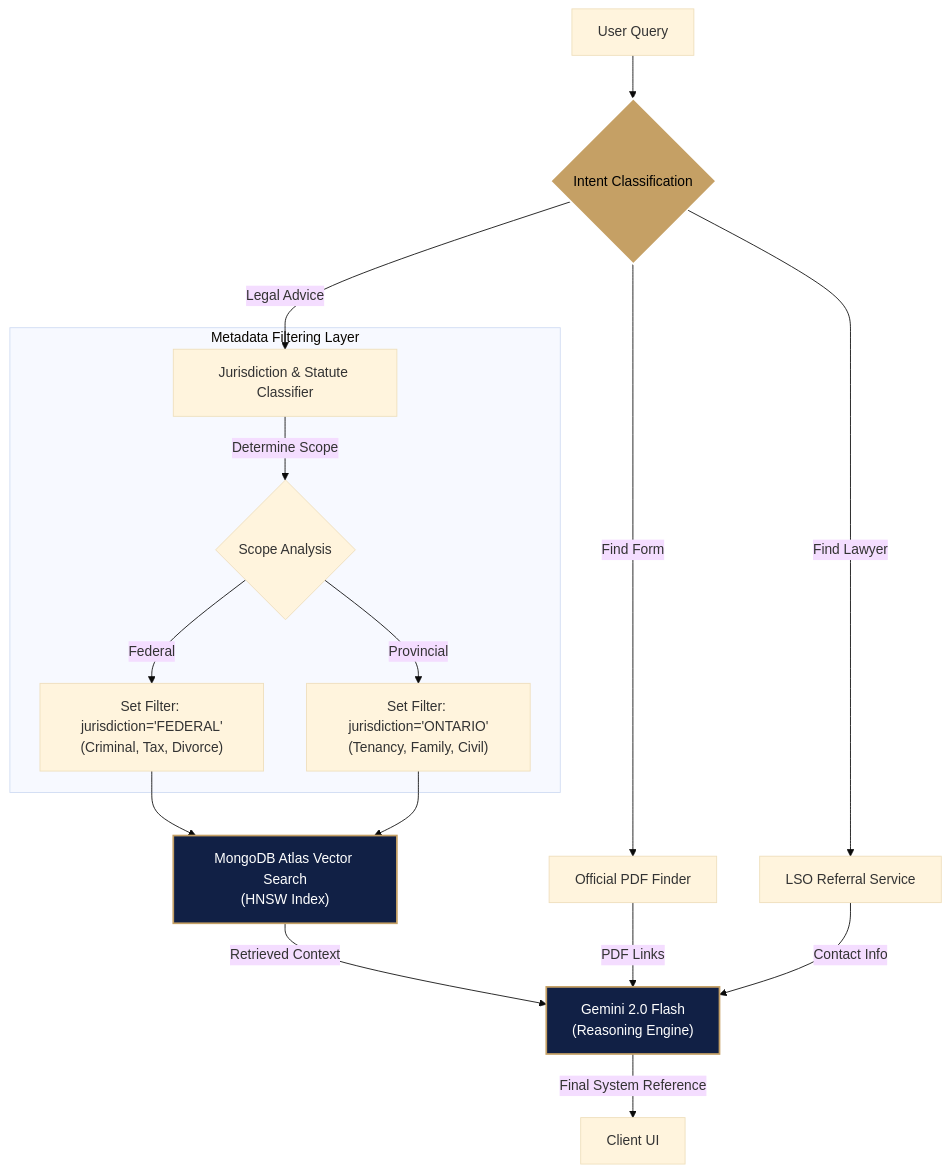
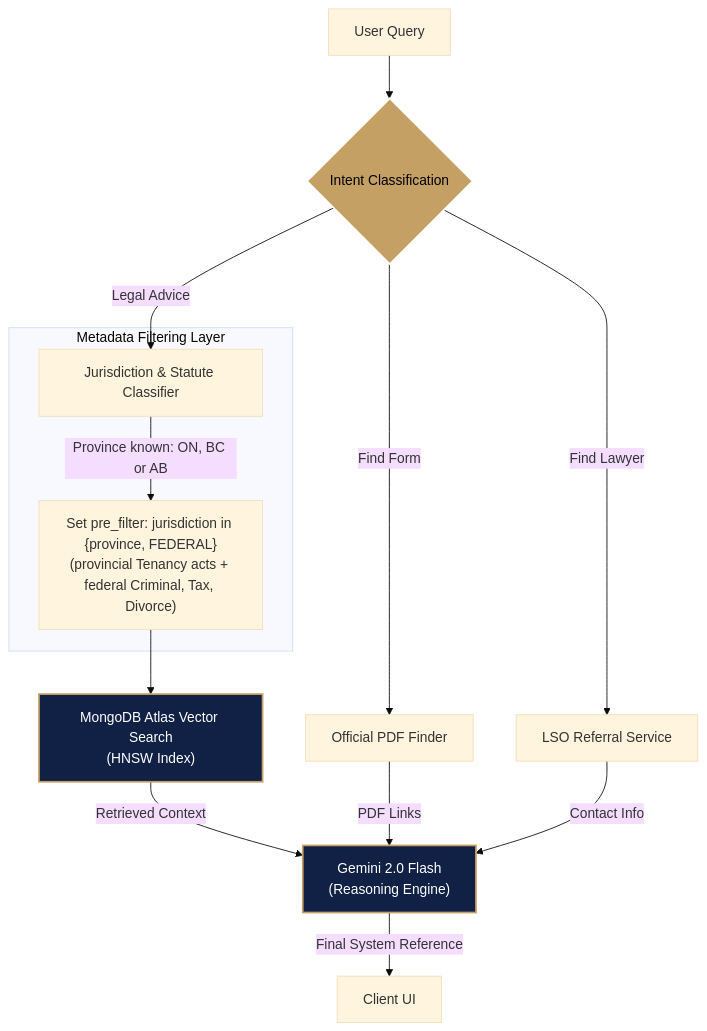
The diagram in README.md (kianis4/Delta-Hacks-12), drawn with Mermaid (base theme) before and after one commit. The commit also changed other lines of this file, not shown here.

````diff
--- a/README.md
+++ b/README.md
@@ -100,31 +101,28 @@
 ```mermaid
 graph TD
     User[User Query] --> Router{Intent Classification}
     
     %% Advice Path: The Decision Tree
     Router -->|Legal Advice| Classifier[Jurisdiction & Statute Classifier]
     
     subgraph "Metadata Filtering Layer"
-    Classifier -->|Determine Scope| FilterLogic{Scope Analysis}
-    FilterLogic -->|Federal| FedParam["Set Filter: jurisdiction='FEDERAL'<br/>(Criminal, Tax, Divorce)"]
-    FilterLogic -->|Provincial| ProvParam["Set Filter: jurisdiction='ONTARIO'<br/>(Tenancy, Family, Civil)"]
+    Classifier -->|Province known: ON, BC or AB| FilterParam["Set pre_filter: jurisdiction in {province, FEDERAL}<br/>(provincial Tenancy acts + federal Criminal, Tax, Divorce)"]
     end
     
-    FedParam --> VectorSearch["MongoDB Atlas Vector Search<br/>(HNSW Index)"]
-    ProvParam --> VectorSearch
+    FilterParam --> VectorSearch["MongoDB Atlas Vector Search<br/>(HNSW Index)"]
     
     %% Tool Paths
     Router -->|Find Form| FormTool[Official PDF Finder]
     Router -->|Find Lawyer| LawyerTool[LSO Referral Service]
     
     %% Synthesis
     VectorSearch -->|Retrieved Context| Generator["Gemini 2.0 Flash<br/>(Reasoning Engine)"]
     FormTool -->|PDF Links| Generator
     LawyerTool -->|Contact Info| Generator
     
     Generator -->|Final System Reference| Client[Client UI]
     
     style VectorSearch fill:#112045,stroke:#C5A065,stroke-width:2px,color:#fff
     style Generator fill:#112045,stroke:#C5A065,stroke-width:2px,color:#fff
     style Router fill:#C5A065,stroke:#fff,stroke-width:2px,color:#000
 ```
````
